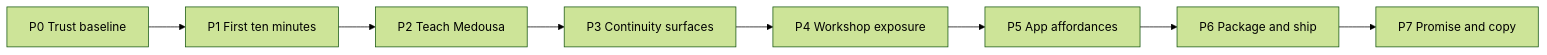
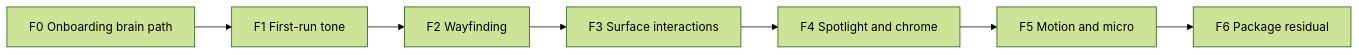
One commit to EntasisLabs/Medousa changed the diagram in architecture/polish-and-package-plan.md. Above: the diagram before and after it, drawn with Mermaid (forest theme). The commit also changed other lines of this file and 12 other files, not shown here.

Commit message:
updated docs and roadmaps

````diff
--- a/architecture/polish-and-package-plan.md
+++ b/architecture/polish-and-package-plan.md
@@ -46,15 +46,14 @@
 ```mermaid
 flowchart LR
-    P0[P0 Trust baseline]
-    P1[P1 First ten minutes]
-    P2[P2 Teach Medousa]
-    P3[P3 Continuity surfaces]
-    P4[P4 Workshop exposure]
-    P5[P5 App affordances]
-    P6[P6 Package and ship]
-    P7[P7 Promise and copy]
+    F0[F0 Onboarding brain path]
+    F1[F1 First-run tone]
+    F2[F2 Wayfinding]
+    F3[F3 Surface interactions]
+    F4[F4 Spotlight and chrome]
+    F5[F5 Motion and micro]
+    F6[F6 Package residual]
 
-    P0 --> P1 --> P2 --> P3
-    P3 --> P4 --> P5 --> P6
-    P6 --> P7
+    F0 --> F1 --> F2
+    F2 --> F3 --> F4 --> F5
+    F5 --> F6
 ```
````
